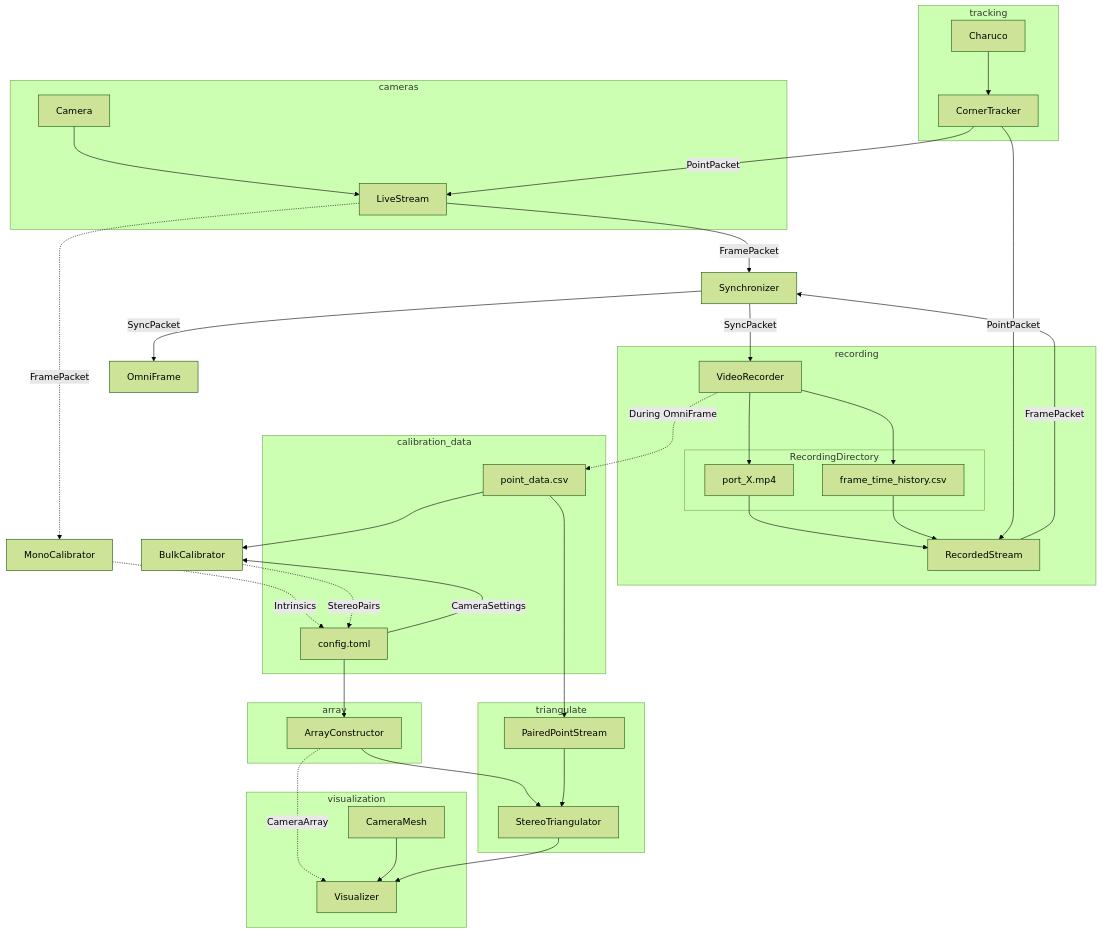
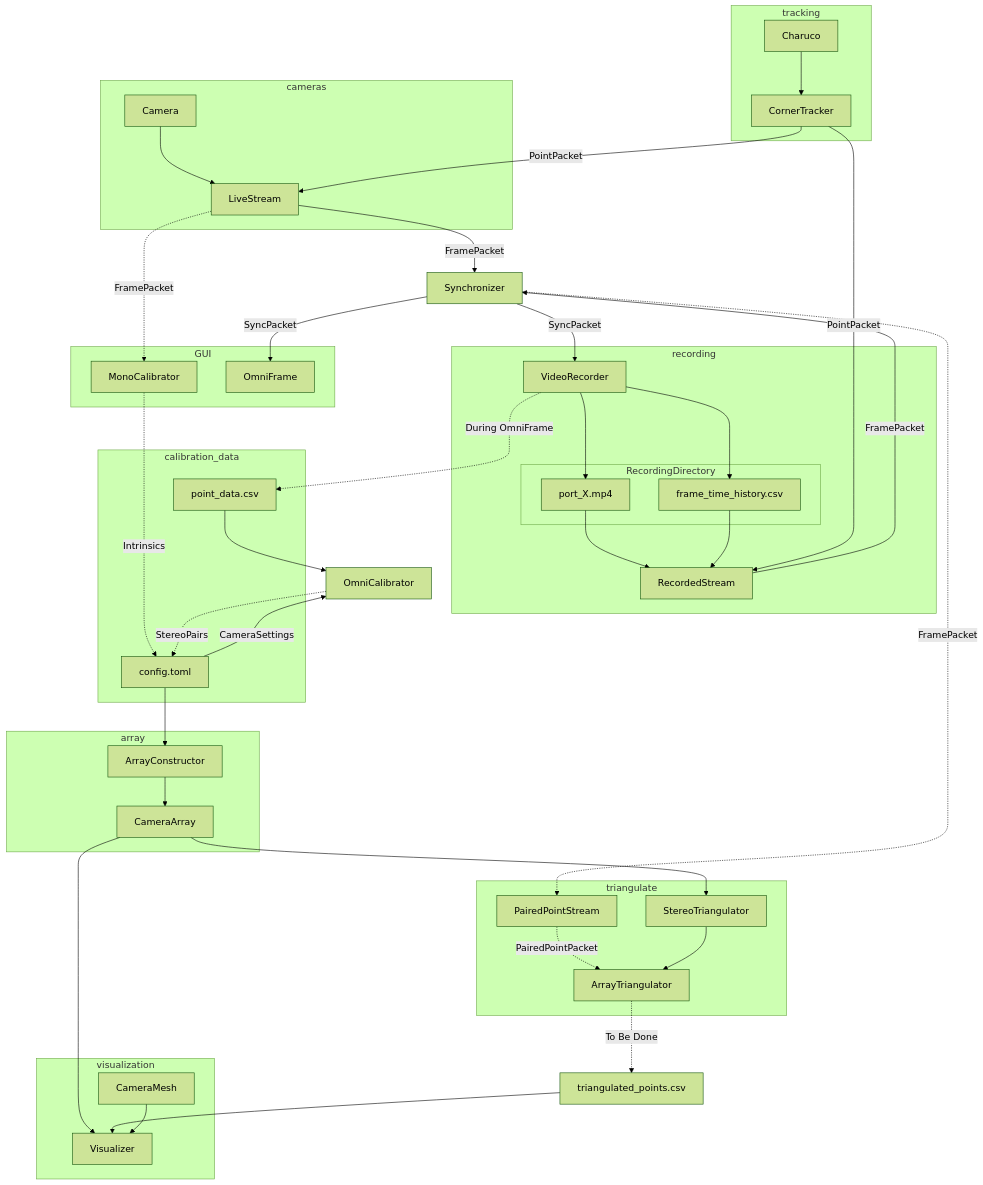
The diagram in README.md (mprib/caliscope), drawn with Mermaid (forest theme) before and after one commit.

Commit message:
making workflow reflect current state

````diff
--- a/README.md
+++ b/README.md
@@ -17,13 +17,18 @@
 Synchronizer --SyncPacket--> VideoRecorder
 
 subgraph cameras
-Camera --> LiveStream
-end
-subgraph tracking
-Charuco --> CornerTracker
-CornerTracker --PointPacket--> LiveStream
+    Camera --> LiveStream
 end
 
+subgraph tracking
+    Charuco --> CornerTracker
+    CornerTracker --PointPacket--> LiveStream
+end
+
+subgraph GUI
+    MonoCalibrator
+    OmniFrame
+end
 
 Synchronizer --SyncPacket-->  OmniFrame
 
@@ -39,49 +44,52 @@
 
 subgraph recording
 
-RecordedStream
-VideoRecorder 
+    RecordedStream
+    VideoRecorder 
 
-subgraph RecordingDirectory
-port_X.mp4
-frame_time_history.csv
-end
+    subgraph RecordingDirectory
+        port_X.mp4
+        frame_time_history.csv
+    end
 
 end
 
 
 
-point_data.csv --> BulkCalibrator
-config.toml --CameraSettings--> BulkCalibrator
-BulkCalibrator -.StereoPairs.-> config.toml
+point_data.csv --> OmniCalibrator
+config.toml --CameraSettings--> OmniCalibrator
+OmniCalibrator -.StereoPairs.-> config.toml
 
-point_data.csv --> PairedPointStream
-ArrayConstructor --> StereoTriangulator
 
 
 subgraph calibration_data
-point_data.csv
-config.toml
+    point_data.csv
+    config.toml
 end
 
 
 CornerTracker --PointPacket--> RecordedStream
 
 subgraph array
-config.toml --> ArrayConstructor
+    config.toml --> ArrayConstructor
+    ArrayConstructor --> CameraArray
+end
 
-end
-ArrayConstructor -.CameraArray.-> Visualizer
-
-
+CameraArray --> Visualizer
+CameraArray --> StereoTriangulator
+Synchronizer -.FramePacket.-> PairedPointStream
 
 subgraph triangulate
-PairedPointStream --> StereoTriangulator
+    PairedPointStream -.PairedPointPacket.-> ArrayTriangulator
+    StereoTriangulator
 end
 
+StereoTriangulator --> ArrayTriangulator
+ArrayTriangulator -.To Be Done.-> triangulated_points.csv
+triangulated_points.csv --> Visualizer
+
 subgraph visualization
-CameraMesh --> Visualizer
-StereoTriangulator --> Visualizer
+    CameraMesh --> Visualizer
 end
 
 ```
````
